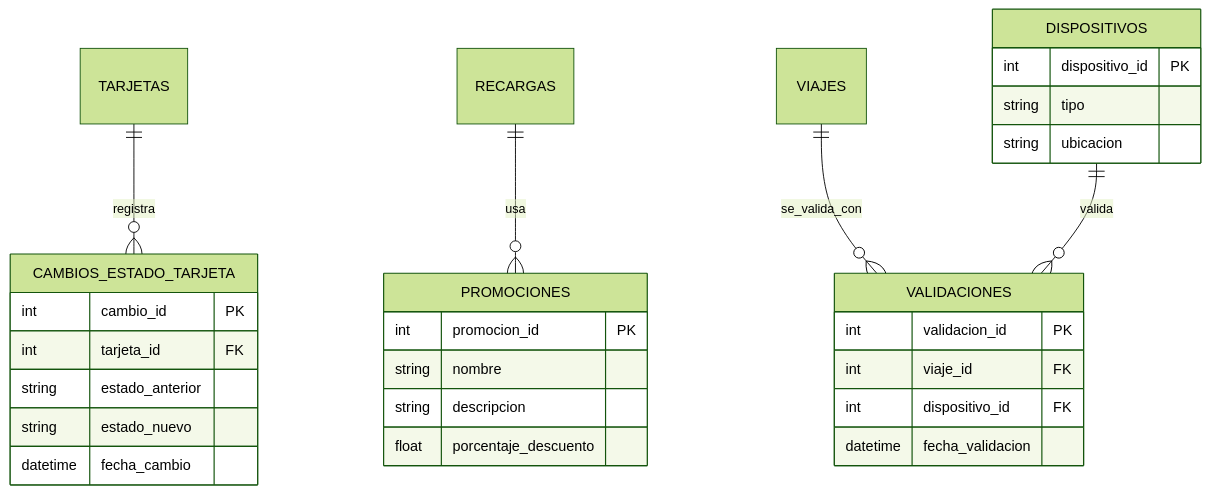
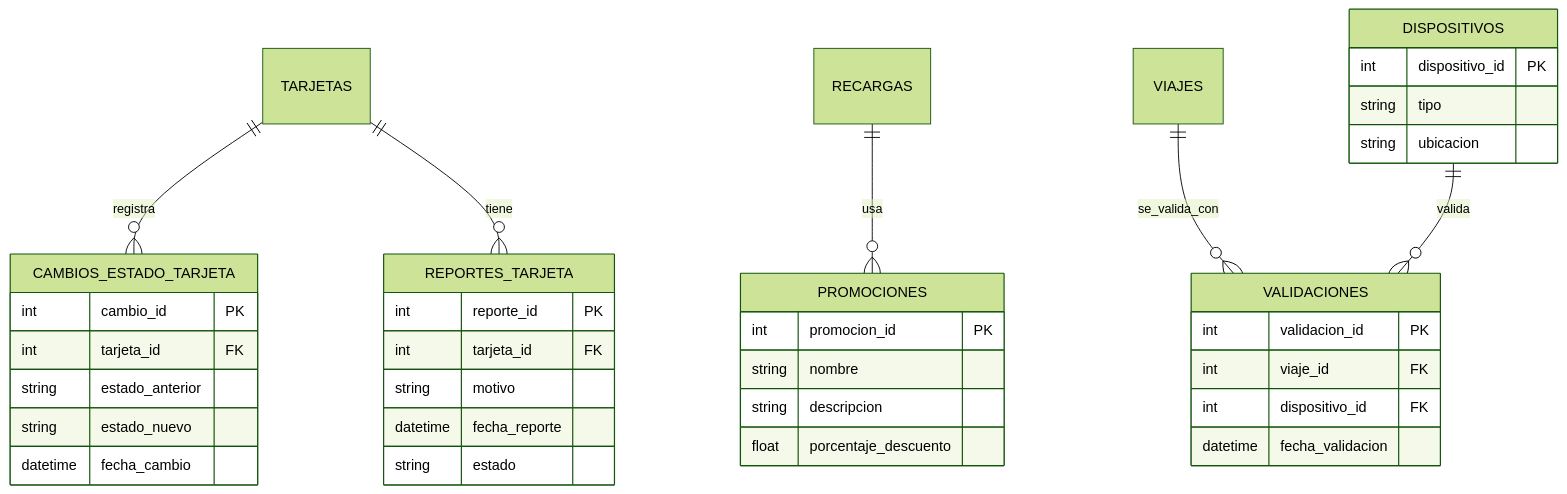
One commit to gegitrepo/Taller-Final---Programaci-n-de-bases-de-datos changed the first of 3 diagrams in Readme.md. Above: the diagram before and after it, drawn with Mermaid (forest theme). The commit also changed other lines of this file, not shown here.

Commit message:
Update README to include reports for lost or stolen cards and enhance ER diagram

````diff
--- a/Readme.md
+++ b/Readme.md
@@ -44,35 +47,44 @@
 ```mermaid
 erDiagram
     TARJETAS ||--o{ CAMBIOS_ESTADO_TARJETA : registra
     RECARGAS ||--o{ PROMOCIONES : usa
     VIAJES ||--o{ VALIDACIONES : se_valida_con
     DISPOSITIVOS ||--o{ VALIDACIONES : valida
+    TARJETAS ||--o{ REPORTES_TARJETA : tiene
 
     CAMBIOS_ESTADO_TARJETA {
         int cambio_id PK
         int tarjeta_id FK
         string estado_anterior
         string estado_nuevo
         datetime fecha_cambio
     }
 
     PROMOCIONES {
         int promocion_id PK
         string nombre
         string descripcion
         float porcentaje_descuento
     }
 
     DISPOSITIVOS {
         int dispositivo_id PK
         string tipo
         string ubicacion
     }
 
     VALIDACIONES {
         int validacion_id PK
         int viaje_id FK
         int dispositivo_id FK
         datetime fecha_validacion
     }
+
+    REPORTES_TARJETA {
+        int reporte_id PK
+        int tarjeta_id FK
+        string motivo
+        datetime fecha_reporte
+        string estado
+    }
 ```
````
